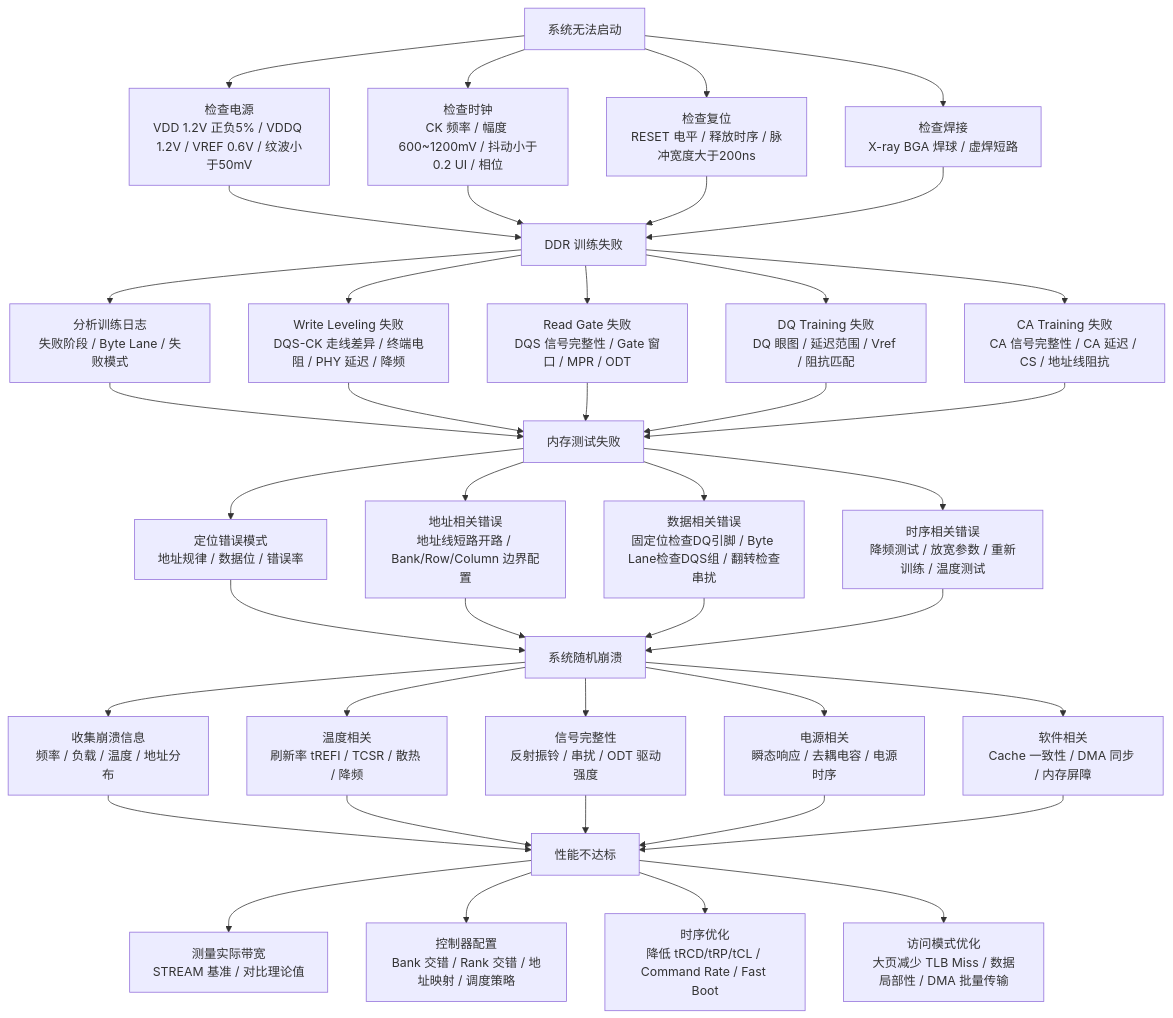
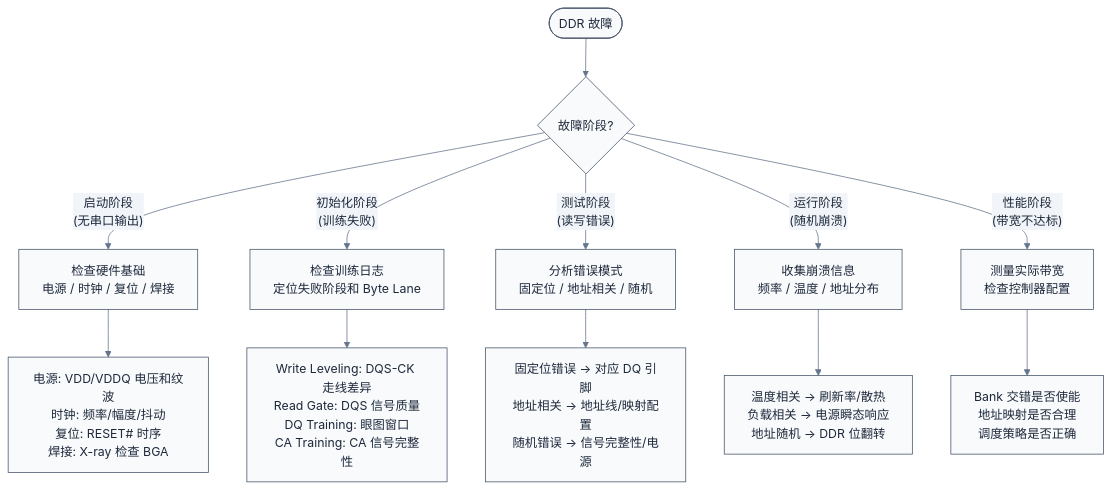
Before and after one commit to swjtuer326/cs-learning-notes: the fourth of 4 diagrams in ddr/05-DDR驱动开发与调试.md, drawn with Mermaid. The commit also changed other lines of this file and 9 other files, not shown here.

````diff
--- a/ddr/05-DDR驱动开发与调试.md
+++ b/ddr/05-DDR驱动开发与调试.md
@@ -1500,34 +881,21 @@
 ```mermaid
+%%{init: {"theme": "base", "themeVariables": {"primaryColor": "#f8fafc", "primaryTextColor": "#1e293b", "primaryBorderColor": "#475569", "lineColor": "#64748b", "secondaryColor": "#f1f5f9", "secondaryBorderColor": "#94a3b8", "tertiaryColor": "#f8fafc", "fontFamily": "\"trebuchet ms\", verdana, arial, sans-serif"}}}%%
 flowchart TD
-    A["系统无法启动"] --> A1["检查电源<br/>VDD 1.2V 正负5% / VDDQ 1.2V / VREF 0.6V / 纹波小于50mV"]
-    A --> A2["检查时钟<br/>CK 频率 / 幅度 600~1200mV / 抖动小于0.2 UI / 相位"]
-    A --> A3["检查复位<br/>RESET 电平 / 释放时序 / 脉冲宽度大于200ns"]
-    A --> A4["检查焊接<br/>X-ray BGA 焊球 / 虚焊短路"]
+    Start(["DDR 故障"]) --> Stage{故障阶段?}
 
-    B["DDR 训练失败"] --> B1["分析训练日志<br/>失败阶段 / Byte Lane / 失败模式"]
-    B --> B2["Write Leveling 失败<br/>DQS-CK 走线差异 / 终端电阻 / PHY 延迟 / 降频"]
-    B --> B3["Read Gate 失败<br/>DQS 信号完整性 / Gate 窗口 / MPR / ODT"]
-    B --> B4["DQ Training 失败<br/>DQ 眼图 / 延迟范围 / Vref / 阻抗匹配"]
-    B --> B5["CA Training 失败<br/>CA 信号完整性 / CA 延迟 / CS / 地址线阻抗"]
+    Stage -->|"启动阶段<br/>(无串口输出)"| Boot["检查硬件基础<br/>电源 / 时钟 / 复位 / 焊接"]
+    Stage -->|"初始化阶段<br/>(训练失败)"| Train["检查训练日志<br/>定位失败阶段和 Byte Lane"]
+    Stage -->|"测试阶段<br/>(读写错误)"| Test["分析错误模式<br/>固定位 / 地址相关 / 随机"]
+    Stage -->|"运行阶段<br/>(随机崩溃)"| Runtime["收集崩溃信息<br/>频率 / 温度 / 地址分布"]
+    Stage -->|"性能阶段<br/>(带宽不达标)"| Perf["测量实际带宽<br/>检查控制器配置"]
 
-    C["内存测试失败"] --> C1["定位错误模式<br/>地址规律 / 数据位 / 错误率"]
-    C --> C2["地址相关错误<br/>地址线短路开路 / Bank/Row/Column 边界配置"]
-    C --> C3["数据相关错误<br/>固定位检查DQ引脚 / Byte Lane检查DQS组 / 翻转检查串扰"]
-    C --> C4["时序相关错误<br/>降频测试 / 放宽参数 / 重新训练 / 温度测试"]
+    Boot --> BootDetail["电源: VDD/VDDQ 电压和纹波<br/>时钟: 频率/幅度/抖动<br/>复位: RESET# 时序<br/>焊接: X-ray 检查 BGA"]
 
-    D["系统随机崩溃"] --> D1["收集崩溃信息<br/>频率 / 负载 / 温度 / 地址分布"]
-    D --> D2["温度相关<br/>刷新率 tREFI / TCSR / 散热 / 降频"]
-    D --> D3["信号完整性<br/>反射振铃 / 串扰 / ODT 驱动强度"]
-    D --> D4["电源相关<br/>瞬态响应 / 去耦电容 / 电源时序"]
-    D --> D5["软件相关<br/>Cache 一致性 / DMA 同步 / 内存屏障"]
+    Train --> TrainDetail["Write Leveling: DQS-CK 走线差异<br/>Read Gate: DQS 信号质量<br/>DQ Training: 眼图窗口<br/>CA Training: CA 信号完整性"]
 
-    E["性能不达标"] --> E1["测量实际带宽<br/>STREAM 基准 / 对比理论值"]
-    E --> E2["控制器配置<br/>Bank 交错 / Rank 交错 / 地址映射 / 调度策略"]
-    E --> E3["时序优化<br/>降低 tRCD/tRP/tCL / Command Rate / Fast Boot"]
-    E --> E4["访问模式优化<br/>大页减少 TLB Miss / 数据局部性 / DMA 批量传输"]
+    Test --> TestDetail["固定位错误 → 对应 DQ 引脚<br/>地址相关 → 地址线/映射配置<br/>随机错误 → 信号完整性/电源"]
 
-    A1 & A2 & A3 & A4 --> B
-    B1 & B2 & B3 & B4 & B5 --> C
-    C1 & C2 & C3 & C4 --> D
-    D1 & D2 & D3 & D4 & D5 --> E
+    Runtime --> RuntimeDetail["温度相关 → 刷新率/散热<br/>负载相关 → 电源瞬态响应<br/>地址随机 → DDR 位翻转"]
+
+    Perf --> PerfDetail["Bank 交错是否使能<br/>地址映射是否合理<br/>调度策略是否正确"]
 ```
````
